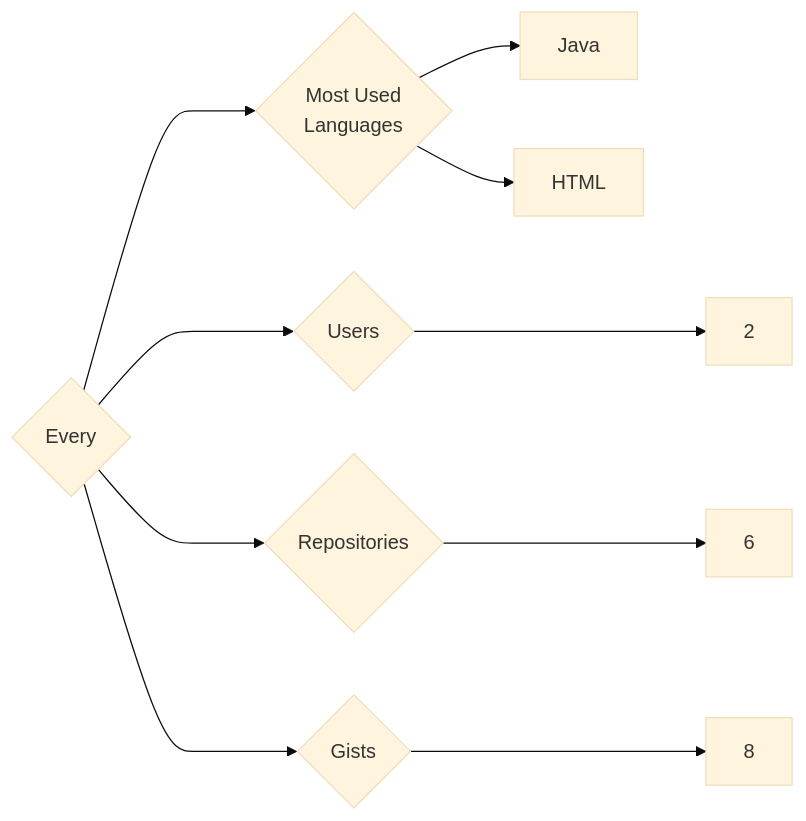
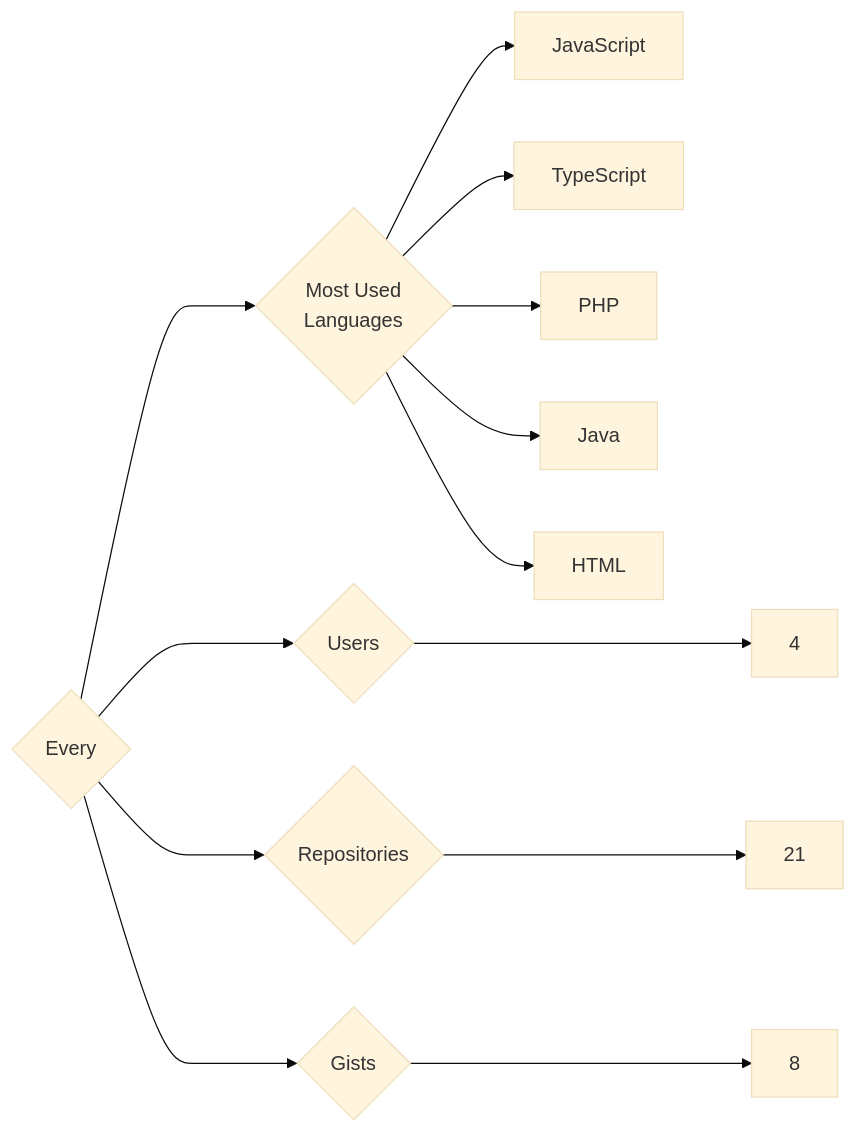
The diagram in targets/Every/README.md (trickest/insiders), drawn with Mermaid (base theme) before and after one commit. The commit also changed 942 other files, not shown here.

````diff
--- a/targets/Every/README.md
+++ b/targets/Every/README.md
@@ -3,10 +3,13 @@
 ```mermaid
 graph LR
 COMPANY_NAME{Every}
-COMPANY_NAME ---> U{Users} ---> UN[2]
-COMPANY_NAME ---> R{Repositories} ---> RN[6]
+COMPANY_NAME ---> U{Users} ---> UN[4]
+COMPANY_NAME ---> R{Repositories} ---> RN[21]
 COMPANY_NAME ---> G{Gists} ---> GN[8]
 COMPANY_NAME ---> ML{Most Used<br>Languages}
+ML --> JavaScript[JavaScript]
+ML --> TypeScript[TypeScript]
+ML --> PHP[PHP]
 ML --> Java[Java]
 ML --> HTML[HTML]
 ```
````
